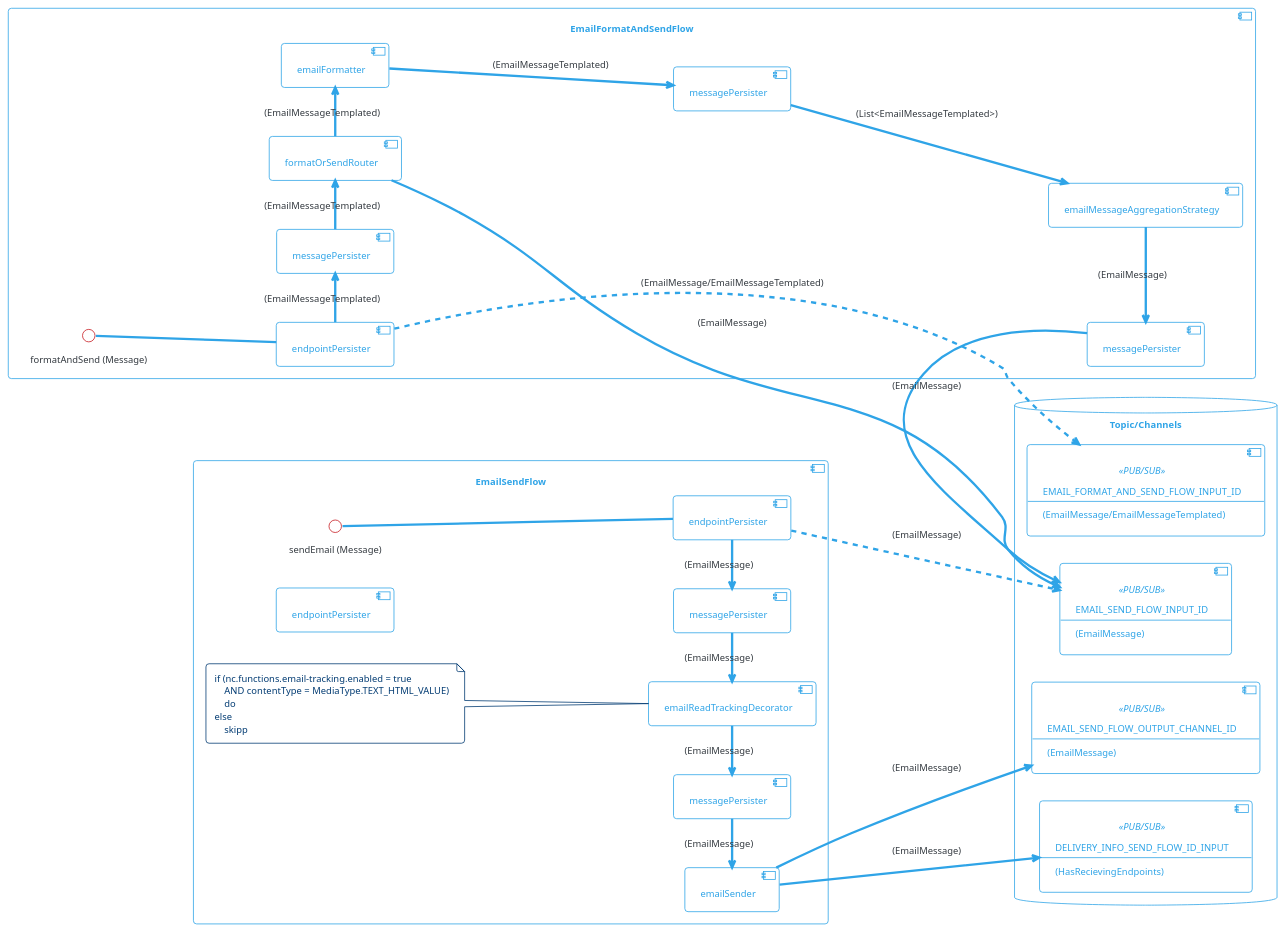
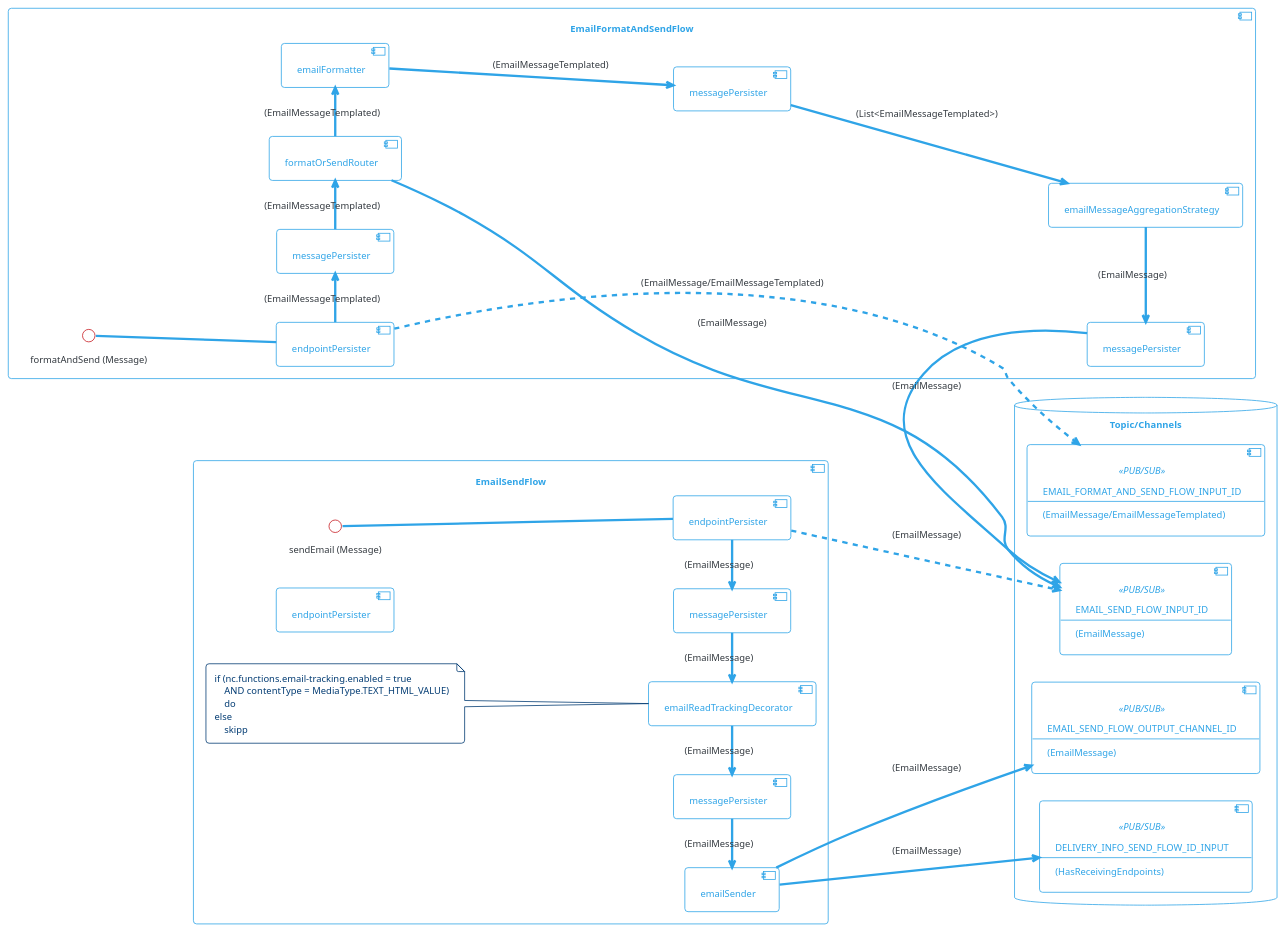
Before and after one commit to com-obj/notiflow: the diagram in docs/diagrams/src/email-processing-flow.puml, drawn with PlantUML. The commit also changed 190 other files, not shown here.

```diff
--- a/docs/diagrams/src/email-processing-flow.puml
+++ b/docs/diagrams/src/email-processing-flow.puml
@@ -1,117 +1,117 @@
 @startuml
 
 !theme cerulean-outline
 
 left to right direction
 
 skinparam backgroundcolor White
 skinparam component {
     backgroundColor<<user defined>> LightGray
 }
 /'
 database "PostgreSQL" {
     [nc_message]
     [nc_endpoint]
 }
 '/
 
 database "Topic/Channels" {
     component EMAIL_FORMAT_AND_SEND_FLOW_INPUT_ID<<PUB/SUB>>[
         EMAIL_FORMAT_AND_SEND_FLOW_INPUT_ID
         --
         (EmailMessage/EmailMessageTemplated)
     ]
 
     component EMAIL_SEND_FLOW_INPUT_ID<<PUB/SUB>>[
         EMAIL_SEND_FLOW_INPUT_ID
         --
         (EmailMessage)
     ]
 
     component EMAIL_SEND_FLOW_OUTPUT_CHANNEL_ID<<PUB/SUB>>[
         EMAIL_SEND_FLOW_OUTPUT_CHANNEL_ID
         --
         (EmailMessage)
     ]
 
     component DELIVERY_INFO_SEND_FLOW_ID_INPUT<<PUB/SUB>>  [
         DELIVERY_INFO_SEND_FLOW_ID_INPUT
         --
-        (HasRecievingEndpoints)
+        (HasReceivingEndpoints)
     ]
 
 }
 
 component "EmailSendFlow" {
     [endpointPersister] as endpointPersister1
     [messagePersister] as messagePersister1
     [emailReadTrackingDecorator]
     [endpointPersister] as endpointPersister2
     [messagePersister] as messagePersister2
     [emailSender]
 
     endpointPersister1 -l-> messagePersister1: (EmailMessage)
     messagePersister1 -l-> emailReadTrackingDecorator: (EmailMessage)
     emailReadTrackingDecorator -l-> messagePersister2: (EmailMessage)
     messagePersister2 -l-> emailSender: (EmailMessage)
 
  '   messagePersister --> nc_message: (EmailMessage)
 '  endpointPersister --> nc_endpoint: (List<RecievingEndpoint>)
 
     endpointPersister1 ..> EMAIL_SEND_FLOW_INPUT_ID : (EmailMessage) 
     emailSender --> EMAIL_SEND_FLOW_OUTPUT_CHANNEL_ID : (EmailMessage) 
 
     emailSender --> DELIVERY_INFO_SEND_FLOW_ID_INPUT : (EmailMessage) 
 
     note left of emailReadTrackingDecorator 
         if (nc.functions.email-tracking.enabled = true 
             AND contentType = MediaType.TEXT_HTML_VALUE)
             do
         else
             skipp        
     end note  
 
     
     interface "sendEmail (Message)" as sendEmail        
         endpointPersister1 -u- sendEmail
 }
 
 
 
 component "EmailFormatAndSendFlow" {
     [endpointPersister] as endpointPersister3
     [messagePersister] as messagePersister3
     [formatOrSendRouter]
     [emailFormatter]
     [messagePersister] as messagePersister4
     [emailMessageAggregationStrategy]
     [messagePersister] as messagePersister5
 
 
     emailFormatter --> messagePersister4: (EmailMessageTemplated)
     messagePersister4 --> emailMessageAggregationStrategy: (List<EmailMessageTemplated>)
 
     endpointPersister3 .> EMAIL_FORMAT_AND_SEND_FLOW_INPUT_ID : (EmailMessage/EmailMessageTemplated) 
 
 
 
     endpointPersister3 -> messagePersister3 : (EmailMessageTemplated)
     messagePersister3 -> formatOrSendRouter : (EmailMessageTemplated)
     formatOrSendRouter -> emailFormatter : (EmailMessageTemplated)
     formatOrSendRouter -> EMAIL_SEND_FLOW_INPUT_ID : (EmailMessage)
 
     emailMessageAggregationStrategy -l-> messagePersister5 : (EmailMessage) 
     messagePersister5 -> EMAIL_SEND_FLOW_INPUT_ID : (EmailMessage) 
 
     interface "formatAndSend (Message)" as formatAndSend        
         endpointPersister3 -u- formatAndSend
         
 }
 
 
 
 
 
 
 
 @enduml
```
